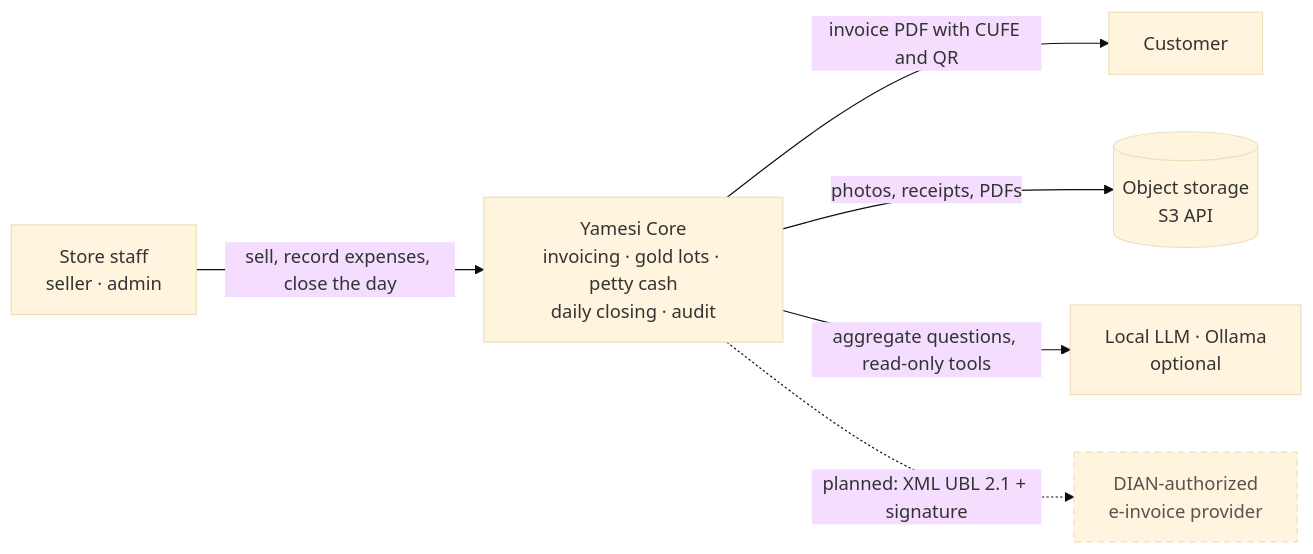
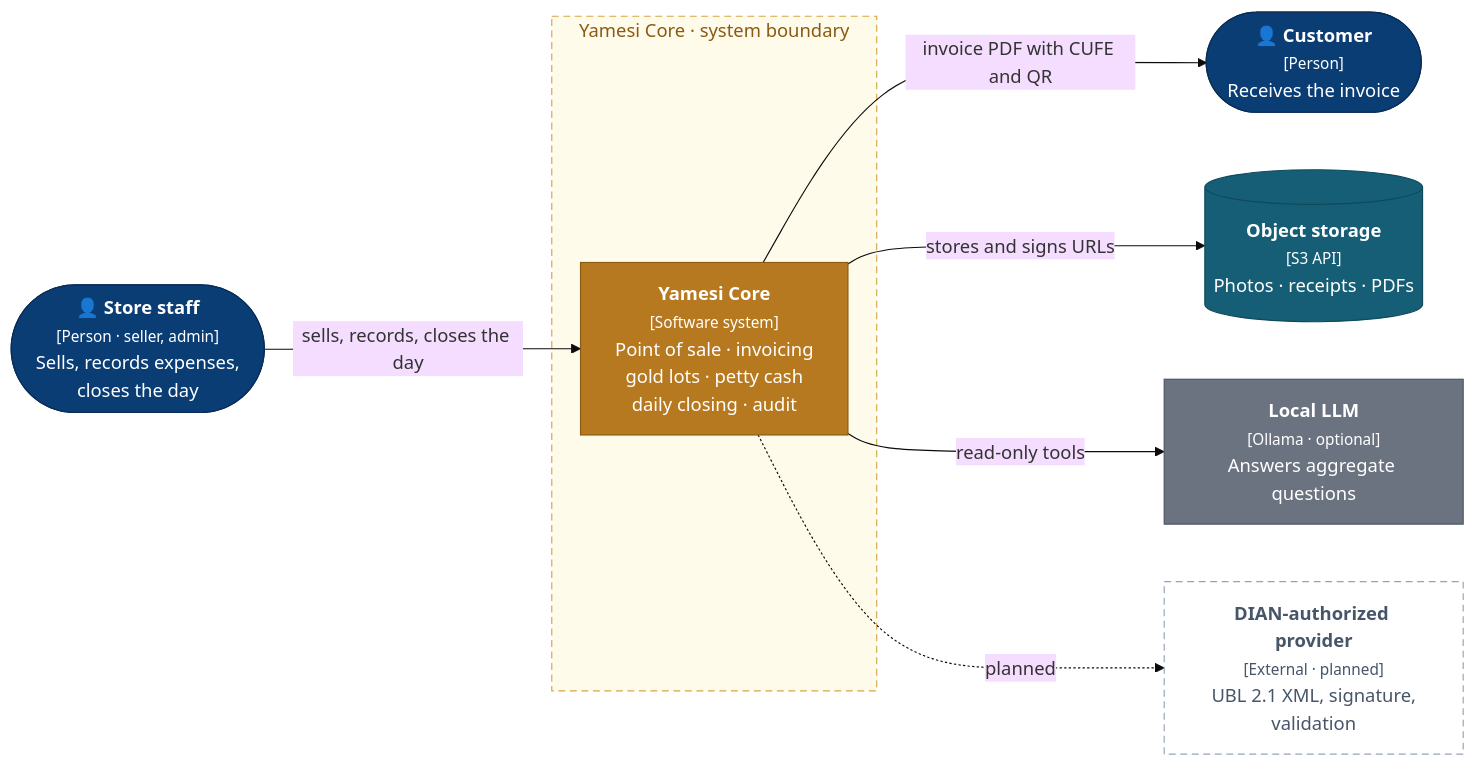
One commit to vzuliani97/vzuliani97.github.io changed the diagram in diagrams/yamesi-context.mmd. Above: the diagram before and after it, drawn with Mermaid (base theme). The commit also changed 12 other files, not shown here.

First line of the commit message:
feat: C4-style architecture diagrams (Mermaid, custom theme) for all three projects

```diff
--- a/diagrams/yamesi-context.mmd
+++ b/diagrams/yamesi-context.mmd
@@ -1,7 +1,24 @@
 flowchart LR
-  staff["Store staff<br/>seller · admin"] -->|sell, record expenses, close the day| Y["Yamesi Core<br/>invoicing · gold lots · petty cash<br/>daily closing · audit"]
-  Y -->|invoice PDF with CUFE and QR| customer["Customer"]
-  Y -->|photos, receipts, PDFs| S[("Object storage<br/>S3 API")]
-  Y -->|aggregate questions, read-only tools| L["Local LLM · Ollama<br/>optional"]
-  Y -.->|planned: XML UBL 2.1 + signature| D["DIAN-authorized<br/>e-invoice provider"]:::planned
-  classDef planned stroke-dasharray:6 4,color:#57534e
+  staff(["👤 <b>Store staff</b><br/><small>[Person · seller, admin]</small><br/>Sells, records expenses,<br/>closes the day"]):::person
+  customer(["👤 <b>Customer</b><br/><small>[Person]</small><br/>Receives the invoice"]):::person
+
+  subgraph boundary["Yamesi Core · system boundary"]
+    Y["<b>Yamesi Core</b><br/><small>[Software system]</small><br/>Point of sale · invoicing<br/>gold lots · petty cash<br/>daily closing · audit"]:::system
+  end
+
+  S[("<b>Object storage</b><br/><small>[S3 API]</small><br/>Photos · receipts · PDFs")]:::store
+  L["<b>Local LLM</b><br/><small>[Ollama · optional]</small><br/>Answers aggregate questions"]:::external
+  D["<b>DIAN-authorized provider</b><br/><small>[External · planned]</small><br/>UBL 2.1 XML, signature,<br/>validation"]:::planned
+
+  staff -->|"sells, records, closes the day"| Y
+  Y -->|"invoice PDF with CUFE and QR"| customer
+  Y -->|"stores and signs URLs"| S
+  Y -->|"read-only tools"| L
+  Y -.->|"planned"| D
+
+  classDef person fill:#0b3d75,stroke:#082c55,color:#ffffff
+  classDef system fill:#b7791f,stroke:#8a5a14,color:#ffffff
+  classDef store fill:#155e75,stroke:#0e4a5c,color:#ffffff
+  classDef external fill:#6b7280,stroke:#4b5563,color:#ffffff
+  classDef planned fill:#ffffff,stroke:#94a3b8,stroke-dasharray:6 4,color:#475569
+  style boundary fill:#fffbeb,stroke:#d6a645,stroke-dasharray:6 4,color:#8a5a14
```
